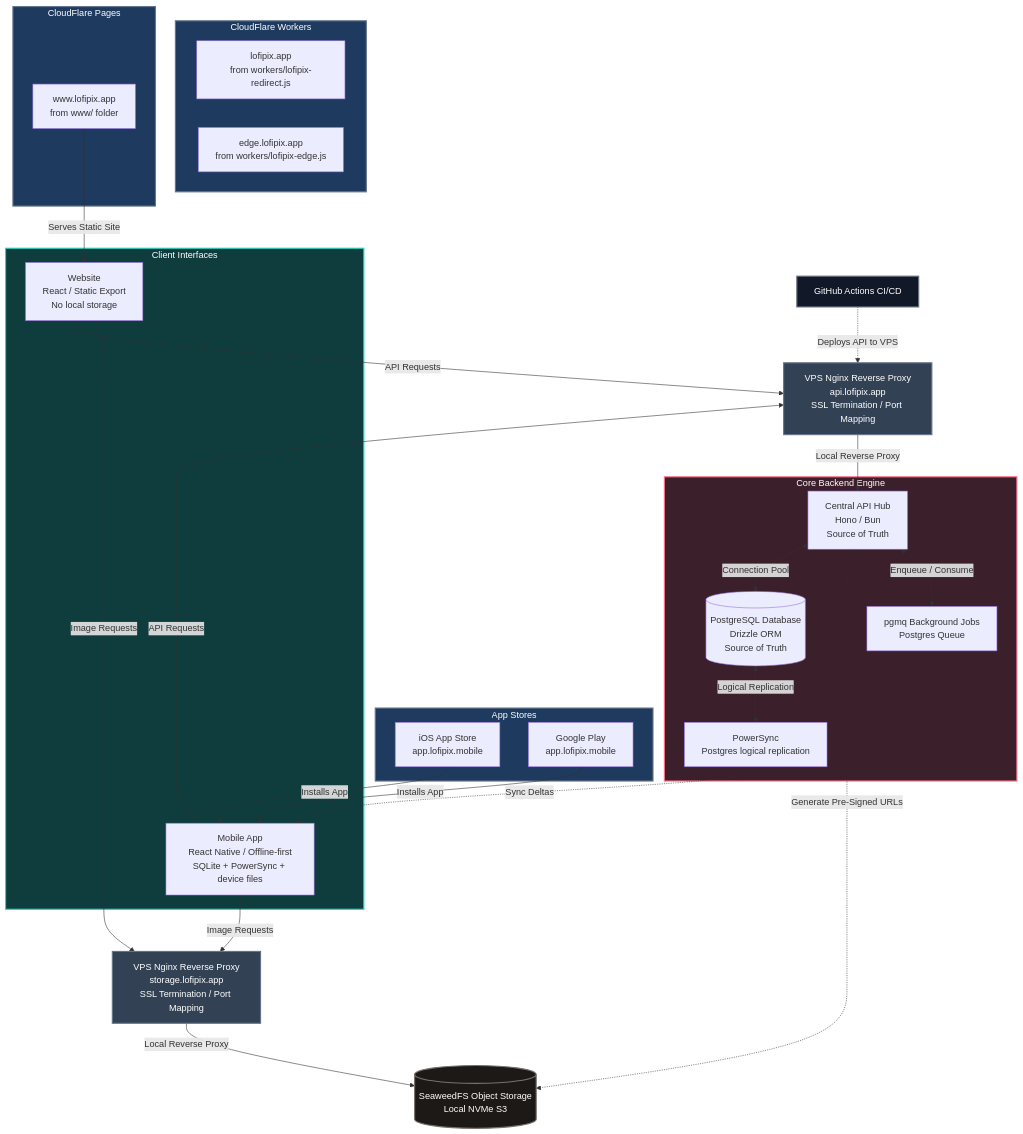
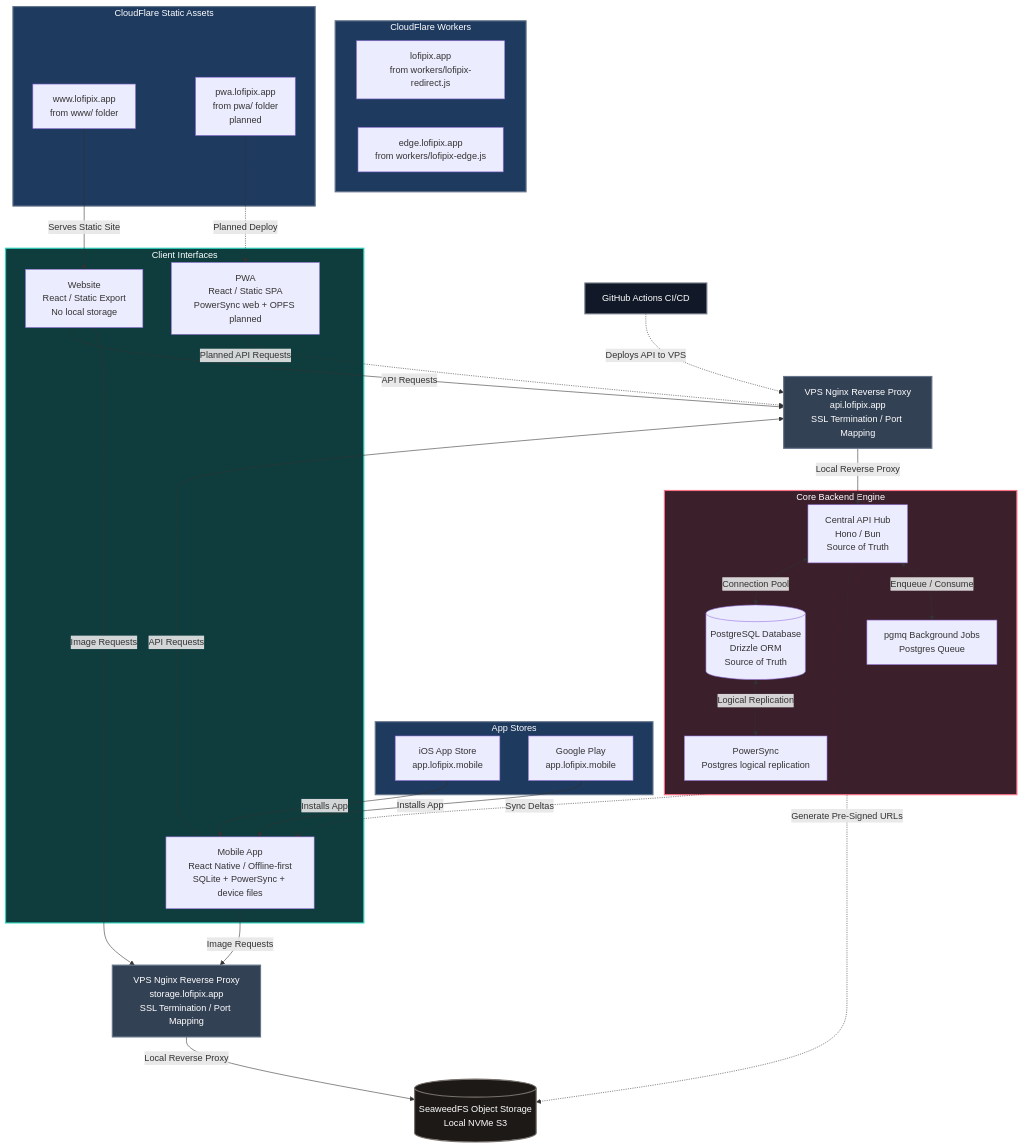
The diagram in README.md (pchilton/lofipix), drawn with Mermaid before and after one commit. The commit also changed other lines of this file and 32 other files, not shown here.

````diff
--- a/README.md
+++ b/README.md
@@ -33,68 +34,72 @@
 ```mermaid
 graph TD
     %% Static Hosting
     subgraph CFWorkers [CloudFlare Workers]
         CFRedirect[lofipix.app<br>from workers/lofipix-redirect.js]
         CFEdge[edge.lofipix.app<br>from workers/lofipix-edge.js]
     end
 
-    subgraph CloudFlare [CloudFlare Pages]
+    subgraph CloudFlare [CloudFlare Static Assets]
         CFWeb[www.lofipix.app<br>from www/ folder]
+        CFPwa[pwa.lofipix.app<br>from pwa/ folder<br>planned]
     end
 
     subgraph Stores [App Stores]
         iOS[iOS App Store<br>app.lofipix.mobile]
         Android[Google Play<br>app.lofipix.mobile]
     end
 
     %% Client Tier
     subgraph ClientInterfaces [Client Interfaces]
         Web[Website<br>React / Static Export<br>No local storage]
+        Pwa[PWA<br>React / Static SPA<br>PowerSync web + OPFS planned]
         Mobile[Mobile App<br>React Native / Offline-first<br>SQLite + PowerSync + device files]
     end
 
     %% Network Entry
     Proxy[VPS Nginx Reverse Proxy<br>api.lofipix.app<br>SSL Termination / Port Mapping]
 
     %% Deployment
     GHA[GitHub Actions CI/CD] -.->|Deploys API to VPS| Proxy
 
     %% Core Services
     subgraph CoreBackend [Core Backend Engine]
         API[Central API Hub<br>Hono / Bun<br>Source of Truth]
         DB[(PostgreSQL Database<br>Drizzle ORM<br>Source of Truth)]
         Sync[PowerSync<br>Postgres logical replication]
         Queue[pgmq Background Jobs<br>Postgres Queue]
     end
 
     StorageProxy[VPS Nginx Reverse Proxy<br>storage.lofipix.app<br>SSL Termination / Port Mapping]
 
     Storage[(SeaweedFS Object Storage<br>Local NVMe S3)]
 
     %% Hosting Routes
     CFWeb -->|Serves Static Site| Web
+    CFPwa -.->|Planned Deploy| Pwa
     iOS & Android -->|Installs App| Mobile
 
     %% Traffic Routes
     Web & Mobile -->|API Requests| Proxy
+    Pwa -.->|Planned API Requests| Proxy
     Web & Mobile -->|Image Requests| StorageProxy
     Proxy -->|Local Reverse Proxy| API
     API <-->|Connection Pool| DB
 
     API -.->|Generate Pre-Signed URLs| Storage
     StorageProxy -->|Local Reverse Proxy| Storage
     DB <-->|Logical Replication| Sync
     Sync -.->|Sync Deltas| Mobile
     API <-->|Enqueue / Consume| Queue
 
     %% Layout Classes for Styling
     style CFWorkers fill:#1e3a5f,stroke:#64748b,stroke-width:2px,color:#fff
     style CloudFlare fill:#1e3a5f,stroke:#64748b,stroke-width:2px,color:#fff
     style Stores fill:#1e3a5f,stroke:#64748b,stroke-width:2px,color:#fff
     style ClientInterfaces fill:#0f3d3e,stroke:#2dd4bf,stroke-width:2px,color:#fff
     style CoreBackend fill:#3b1f2b,stroke:#fb7185,stroke-width:2px,color:#fff
     style Proxy fill:#334155,stroke:#64748b,stroke-width:2px,color:#fff
     style StorageProxy fill:#334155,stroke:#64748b,stroke-width:2px,color:#fff
     style Storage fill:#1c1917,stroke:#78716c,stroke-width:2px,color:#fff
     style GHA fill:#111827,stroke:#6b7280,stroke-width:2px,color:#fff
 ```
````
